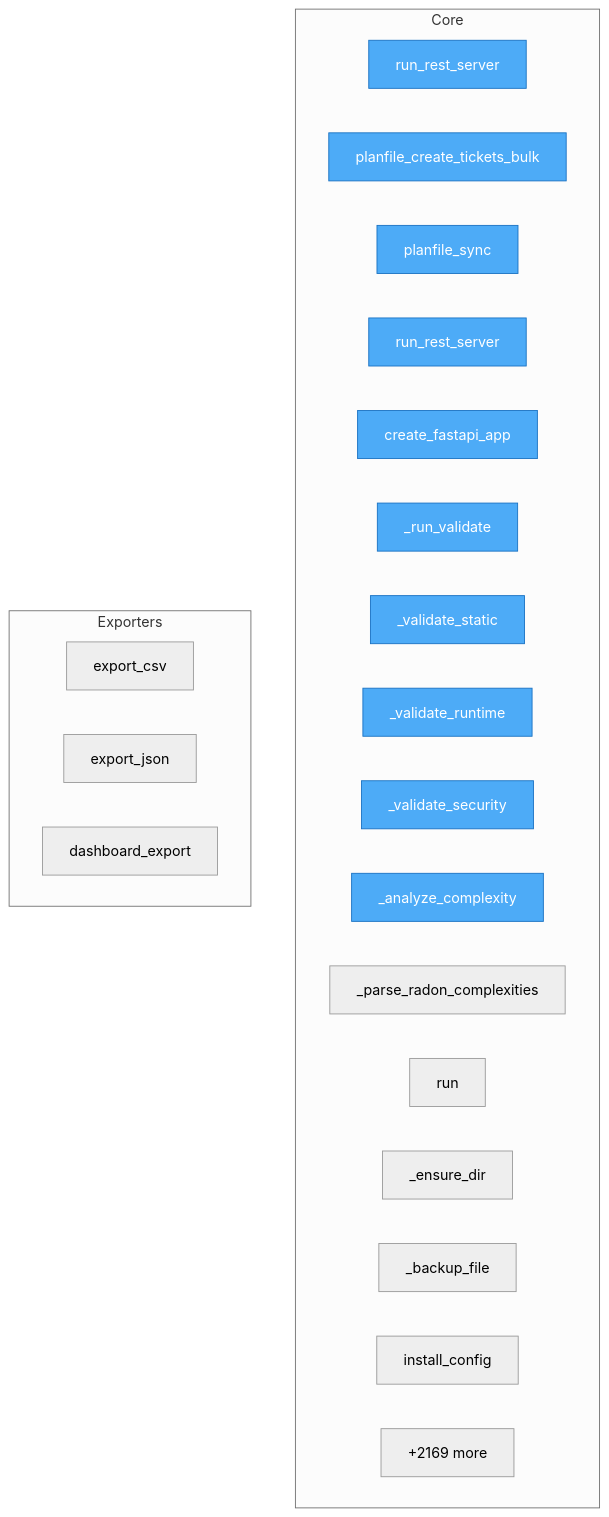
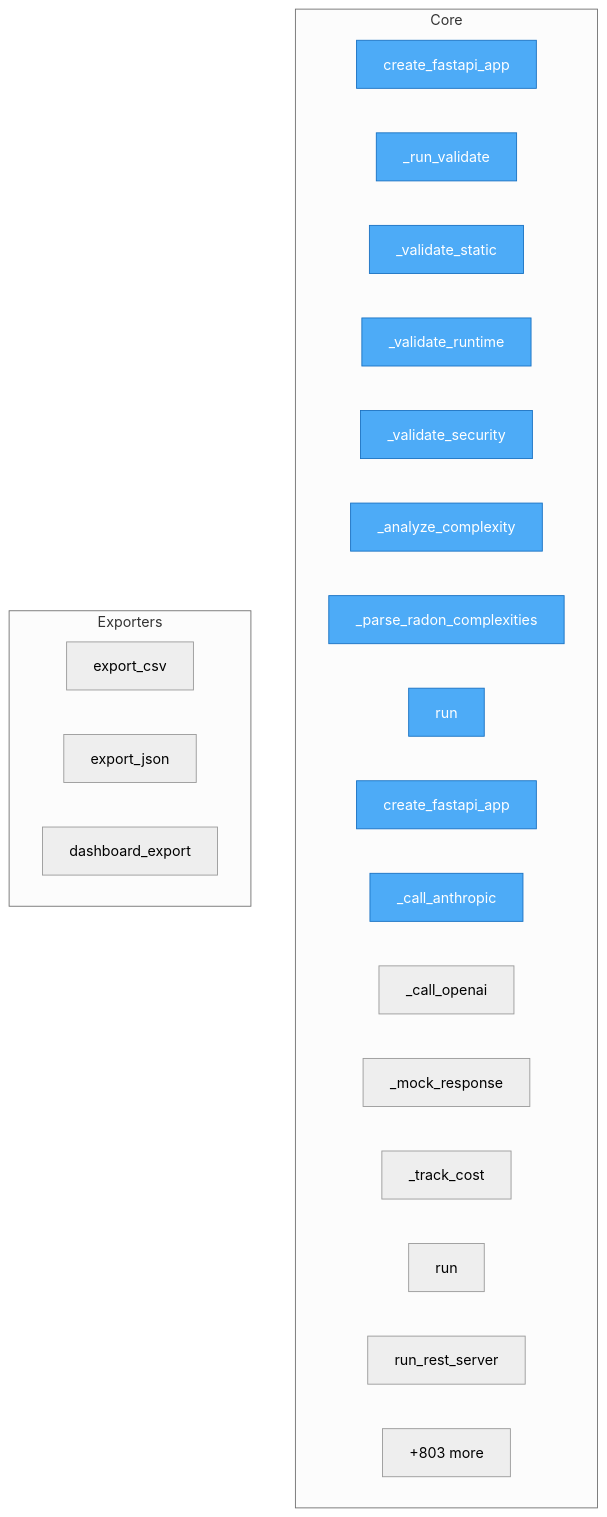
Before and after one commit to semcod/algitex: the diagram in project/flow.mmd, drawn with Mermaid (neutral theme). The commit also changed 21 other files, not shown here.

```diff
--- a/project/flow.mmd
+++ b/project/flow.mmd
@@ -1,31 +1,31 @@
 flowchart TD
 
     %% Entry points (blue)
     classDef entry fill:#4dabf7,stroke:#1971c2,color:#fff
 
     subgraph Core
-        N___algitex__backups__batch_20260328_142940__docker__aider_mcp__aider_mcp_server__run_rest_server["run_rest_server"]
-        N___algitex__backups__batch_20260328_142940__docker__planfile_mcp__planfile_mcp_server__planfile_create_tickets_bulk["planfile_create_tickets_bulk"]
-        N___algitex__backups__batch_20260328_142940__docker__planfile_mcp__planfile_mcp_server__planfile_sync["planfile_sync"]
-        N___algitex__backups__batch_20260328_142940__docker__planfile_mcp__planfile_mcp_server__run_rest_server["run_rest_server"]
-        N___algitex__backups__batch_20260328_142940__docker__vallm__vallm_server__VallmServer__create_fastapi_app["create_fastapi_app"]
-        N___algitex__backups__batch_20260328_142940__docker__vallm__vallm_server__VallmServer___run_validate["_run_validate"]
-        N___algitex__backups__batch_20260328_142940__docker__vallm__vallm_server__VallmServer___validate_static["_validate_static"]
-        N___algitex__backups__batch_20260328_142940__docker__vallm__vallm_server__VallmServer___validate_runtime["_validate_runtime"]
-        N___algitex__backups__batch_20260328_142940__docker__vallm__vallm_server__VallmServer___validate_security["_validate_security"]
-        N___algitex__backups__batch_20260328_142940__docker__vallm__vallm_server__VallmServer___analyze_complexity["_analyze_complexity"]
-        N___algitex__backups__batch_20260328_142940__docker__vallm__vallm_server__VallmServer___parse_radon_complexities["_parse_radon_complexities"]
-        N___algitex__backups__batch_20260328_142940__docker__vallm__vallm_server__VallmServer__run["run"]
-        N___algitex__backups__batch_20260328_142940__src__algitex__tools__config__ConfigManager___ensure_dir["_ensure_dir"]
-        N___algitex__backups__batch_20260328_142940__src__algitex__tools__config__ConfigManager___backup_file["_backup_file"]
-        N___algitex__backups__batch_20260328_142940__src__algitex__tools__config__ConfigManager__install_config["install_config"]
-        ...["+2169 more"]
+        docker__vallm__vallm_server__VallmServer__create_fastapi_app["create_fastapi_app"]
+        docker__vallm__vallm_server__VallmServer___run_validate["_run_validate"]
+        docker__vallm__vallm_server__VallmServer___validate_static["_validate_static"]
+        docker__vallm__vallm_server__VallmServer___validate_runtime["_validate_runtime"]
+        docker__vallm__vallm_server__VallmServer___validate_security["_validate_security"]
+        docker__vallm__vallm_server__VallmServer___analyze_complexity["_analyze_complexity"]
+        docker__vallm__vallm_server__VallmServer___parse_radon_complexities["_parse_radon_complexities"]
+        docker__vallm__vallm_server__VallmServer__run["run"]
+        docker__proxym__proxym_server__ProxymServer__create_fastapi_app["create_fastapi_app"]
+        docker__proxym__proxym_server__ProxymServer___call_anthropic["_call_anthropic"]
+        docker__proxym__proxym_server__ProxymServer___call_openai["_call_openai"]
+        docker__proxym__proxym_server__ProxymServer___mock_response["_mock_response"]
+        docker__proxym__proxym_server__ProxymServer___track_cost["_track_cost"]
+        docker__proxym__proxym_server__ProxymServer__run["run"]
+        docker__vallm__vallm_mcp_server__run_rest_server["run_rest_server"]
+        ...["+803 more"]
     end
 
     subgraph Exporters
         src__algitex__metrics__MetricsReporter__export_csv["export_csv"]
         src__algitex__benchmark__BenchmarkRunner__export_json["export_json"]
         src__algitex__cli__dashboard__dashboard_export["dashboard_export"]
     end
 
-    class N___algitex__backups__batch_20260328_142940__docker__aider_mcp__aider_mcp_server__run_rest_server,N___algitex__backups__batch_20260328_142940__docker__planfile_mcp__planfile_mcp_server__planfile_create_tickets_bulk,N___algitex__backups__batch_20260328_142940__docker__planfile_mcp__planfile_mcp_server__planfile_sync,N___algitex__backups__batch_20260328_142940__docker__planfile_mcp__planfile_mcp_server__run_rest_server,N___algitex__backups__batch_20260328_142940__docker__vallm__vallm_server__VallmServer__create_fastapi_app,N___algitex__backups__batch_20260328_142940__docker__vallm__vallm_server__VallmServer___run_validate,N___algitex__backups__batch_20260328_142940__docker__vallm__vallm_server__VallmServer___validate_static,N___algitex__backups__batch_20260328_142940__docker__vallm__vallm_server__VallmServer___validate_runtime,N___algitex__backups__batch_20260328_142940__docker__vallm__vallm_server__VallmServer___validate_security,N___algitex__backups__batch_20260328_142940__docker__vallm__vallm_server__VallmServer___analyze_complexity entry
+    class docker__vallm__vallm_server__VallmServer__create_fastapi_app,docker__vallm__vallm_server__VallmServer___run_validate,docker__vallm__vallm_server__VallmServer___validate_static,docker__vallm__vallm_server__VallmServer___validate_runtime,docker__vallm__vallm_server__VallmServer___validate_security,docker__vallm__vallm_server__VallmServer___analyze_complexity,docker__vallm__vallm_server__VallmServer___parse_radon_complexities,docker__vallm__vallm_server__VallmServer__run,docker__proxym__proxym_server__ProxymServer__create_fastapi_app,docker__proxym__proxym_server__ProxymServer___call_anthropic entry
```
